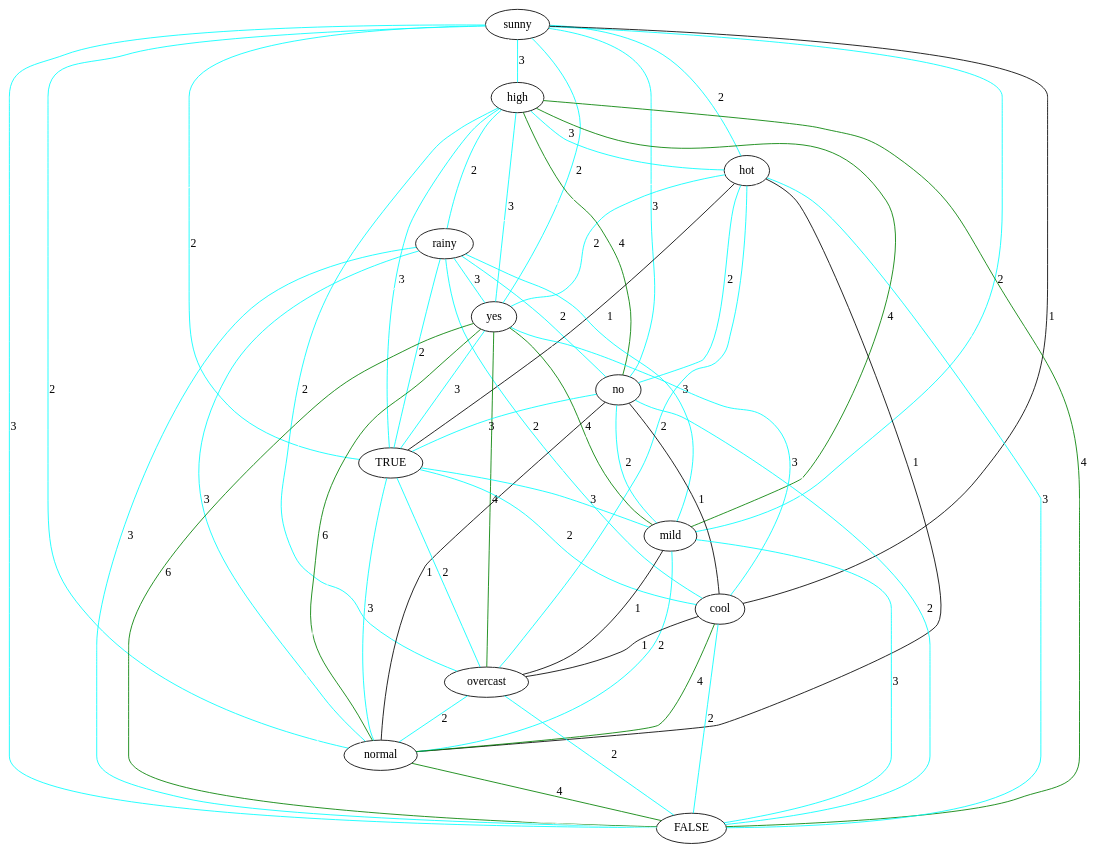
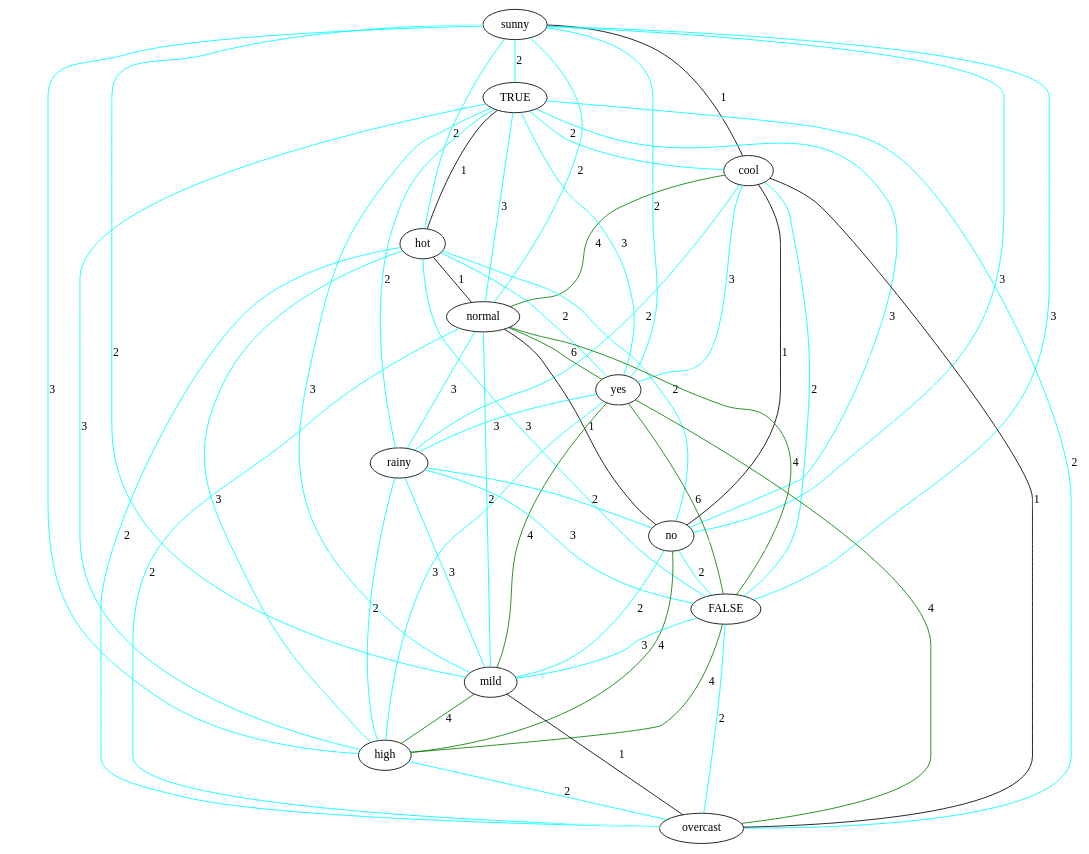
The diagram in src/final/exponentialGraph.dot (lrodrin/TFG), drawn with Graphviz before and after one commit. The commit also changed 24 other files, not shown here.

```diff
--- a/src/final/exponentialGraph.dot
+++ b/src/final/exponentialGraph.dot
@@ -1,80 +1,80 @@
 strict graph "" {
 sunny;
+TRUE;
+cool;
+hot;
+normal;
+yes;
+rainy;
+no;
+FALSE;
+mild;
 high;
-hot;
-rainy;
-yes;
-no;
-TRUE;
-mild;
-cool;
 overcast;
-normal;
-FALSE;
+sunny -- overcast  [color=white];
+sunny -- normal  [color=cyan, label=2];
+sunny -- yes  [color=cyan, label=2];
+sunny -- rainy  [color=white];
+sunny -- no  [color=cyan, label=3];
+sunny -- FALSE  [color=cyan, label=3];
+sunny -- mild  [color=cyan, label=2];
+sunny -- TRUE  [color=cyan, label=2];
 sunny -- high  [color=cyan, label=3];
-sunny -- overcast  [color=white];
-sunny -- FALSE  [color=cyan, label=3];
 sunny -- hot  [color=cyan, label=2];
-sunny -- rainy  [color=white];
-sunny -- yes  [color=cyan, label=2];
-sunny -- no  [color=cyan, label=3];
-sunny -- normal  [color=cyan, label=2];
-sunny -- TRUE  [color=cyan, label=2];
-sunny -- mild  [color=cyan, label=2];
 sunny -- cool  [color=black, label=1];
-high -- overcast  [color=cyan, label=2];
-high -- FALSE  [color=green, label=4];
-high -- hot  [color=cyan, label=3];
-high -- rainy  [color=cyan, label=2];
-high -- yes  [color=cyan, label=3];
-high -- no  [color=green, label=4];
-high -- normal  [color=white];
-high -- TRUE  [color=cyan, label=3];
-high -- mild  [color=green, label=4];
-high -- cool  [color=white];
-hot -- FALSE  [color=cyan, label=3];
-hot -- rainy  [color=white];
-hot -- yes  [color=cyan, label=2];
-hot -- no  [color=cyan, label=2];
-hot -- normal  [color=black, label=1];
-hot -- TRUE  [color=black, label=1];
-hot -- mild  [color=white];
-hot -- overcast  [color=cyan, label=2];
-hot -- cool  [color=white];
-rainy -- FALSE  [color=cyan, label=3];
-rainy -- yes  [color=cyan, label=3];
-rainy -- no  [color=cyan, label=2];
-rainy -- normal  [color=cyan, label=3];
-rainy -- TRUE  [color=cyan, label=2];
-rainy -- mild  [color=cyan, label=3];
-rainy -- overcast  [color=white];
-rainy -- cool  [color=cyan, label=2];
-yes -- FALSE  [color=green, label=6];
-yes -- no  [color=white];
-yes -- normal  [color=green, label=6];
-yes -- TRUE  [color=cyan, label=3];
-yes -- mild  [color=green, label=4];
-yes -- overcast  [color=green, label=4];
-yes -- cool  [color=cyan, label=3];
-no -- FALSE  [color=cyan, label=2];
-no -- normal  [color=black, label=1];
-no -- TRUE  [color=cyan, label=3];
-no -- mild  [color=cyan, label=2];
-no -- overcast  [color=white];
-no -- cool  [color=black, label=1];
 TRUE -- normal  [color=cyan, label=3];
+TRUE -- yes  [color=cyan, label=3];
+TRUE -- rainy  [color=cyan, label=2];
+TRUE -- no  [color=cyan, label=3];
 TRUE -- FALSE  [color=white];
 TRUE -- mild  [color=cyan, label=3];
 TRUE -- overcast  [color=cyan, label=2];
+TRUE -- high  [color=cyan, label=3];
+TRUE -- hot  [color=black, label=1];
 TRUE -- cool  [color=cyan, label=2];
-mild -- normal  [color=cyan, label=2];
-mild -- cool  [color=white];
+cool -- normal  [color=green, label=4];
+cool -- yes  [color=cyan, label=3];
+cool -- rainy  [color=cyan, label=2];
+cool -- no  [color=black, label=1];
+cool -- FALSE  [color=cyan, label=2];
+cool -- mild  [color=white];
+cool -- high  [color=white];
+cool -- hot  [color=white];
+cool -- overcast  [color=black, label=1];
+hot -- overcast  [color=cyan, label=2];
+hot -- normal  [color=black, label=1];
+hot -- yes  [color=cyan, label=2];
+hot -- rainy  [color=white];
+hot -- no  [color=cyan, label=2];
+hot -- FALSE  [color=cyan, label=3];
+hot -- mild  [color=white];
+hot -- high  [color=cyan, label=3];
+normal -- overcast  [color=cyan, label=2];
+normal -- high  [color=white];
+normal -- yes  [color=green, label=6];
+normal -- rainy  [color=cyan, label=3];
+normal -- no  [color=black, label=1];
+normal -- FALSE  [color=green, label=4];
+normal -- mild  [color=cyan, label=2];
+yes -- overcast  [color=green, label=4];
+yes -- rainy  [color=cyan, label=3];
+yes -- no  [color=white];
+yes -- FALSE  [color=green, label=6];
+yes -- mild  [color=green, label=4];
+yes -- high  [color=cyan, label=3];
+rainy -- overcast  [color=white];
+rainy -- no  [color=cyan, label=2];
+rainy -- FALSE  [color=cyan, label=3];
+rainy -- mild  [color=cyan, label=3];
+rainy -- high  [color=cyan, label=2];
+no -- overcast  [color=white];
+no -- FALSE  [color=cyan, label=2];
+no -- mild  [color=cyan, label=2];
+no -- high  [color=green, label=4];
+FALSE -- overcast  [color=cyan, label=2];
+FALSE -- mild  [color=cyan, label=3];
+FALSE -- high  [color=green, label=4];
 mild -- overcast  [color=black, label=1];
-mild -- FALSE  [color=cyan, label=3];
-cool -- normal  [color=green, label=4];
-cool -- overcast  [color=black, label=1];
-cool -- FALSE  [color=cyan, label=2];
-overcast -- FALSE  [color=cyan, label=2];
-overcast -- normal  [color=cyan, label=2];
-normal -- FALSE  [color=green, label=4];
+mild -- high  [color=green, label=4];
+high -- overcast  [color=cyan, label=2];
 }
```
